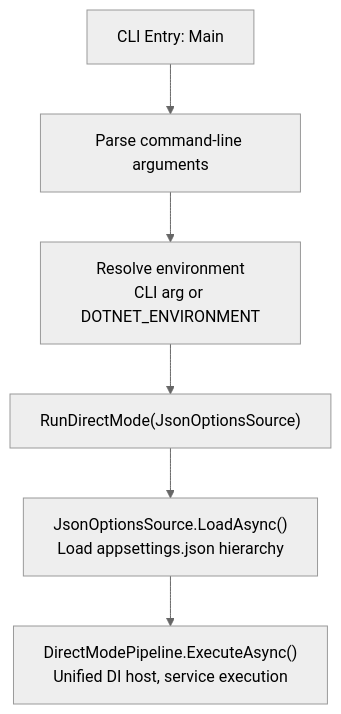
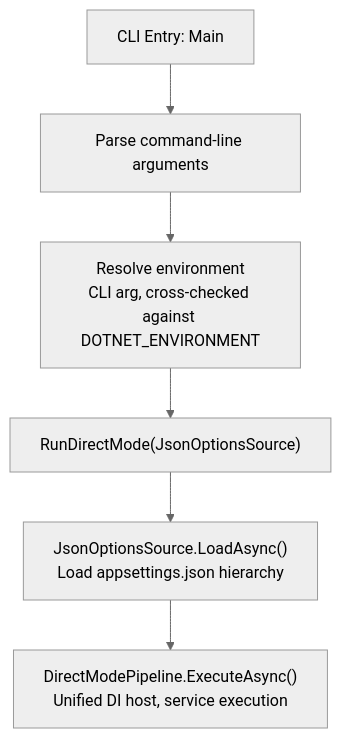
Before and after one commit to RAYCOON/RayMigrator: the second of 9 diagrams in Docs/01-architecture/data-flow.md, drawn with Mermaid (neutral theme). The commit also changed 19 other files, not shown here.

First line of the commit message:
Refuse an empty --environment value instead of falling back to DOTNET_ENVIRONMENT (#32)

````diff
--- a/Docs/01-architecture/data-flow.md
+++ b/Docs/01-architecture/data-flow.md
@@ -83,9 +83,9 @@
 ```mermaid
 flowchart TD
     A[CLI Entry: Main] --> B[Parse command-line arguments]
-    B --> E[Resolve environment<br/>CLI arg or DOTNET_ENVIRONMENT]
+    B --> E[Resolve environment<br/>CLI arg, cross-checked against DOTNET_ENVIRONMENT]
 
     E --> F["RunDirectMode(JsonOptionsSource)"]
     F --> G["JsonOptionsSource.LoadAsync()<br/>Load appsettings.json hierarchy"]
     G --> H["DirectModePipeline.ExecuteAsync()<br/>Unified DI host, service execution"]
 ```
````
